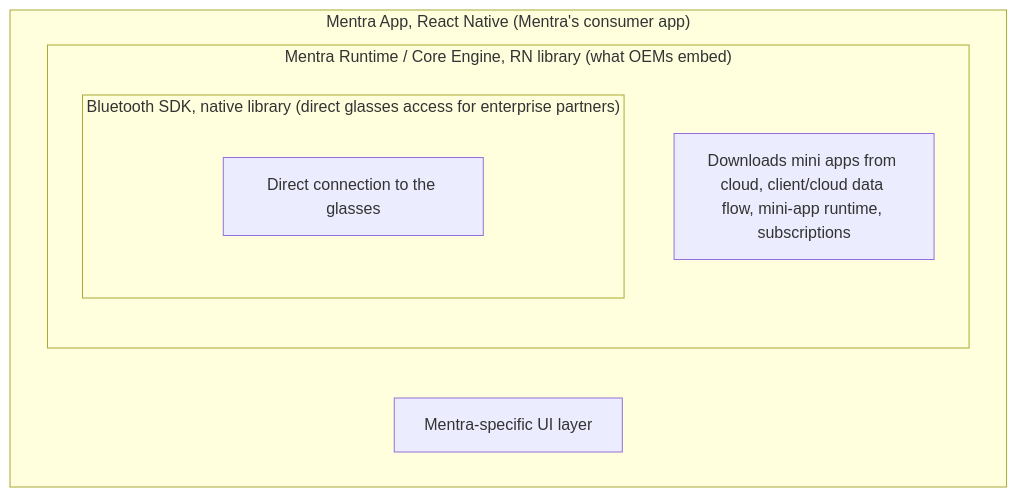
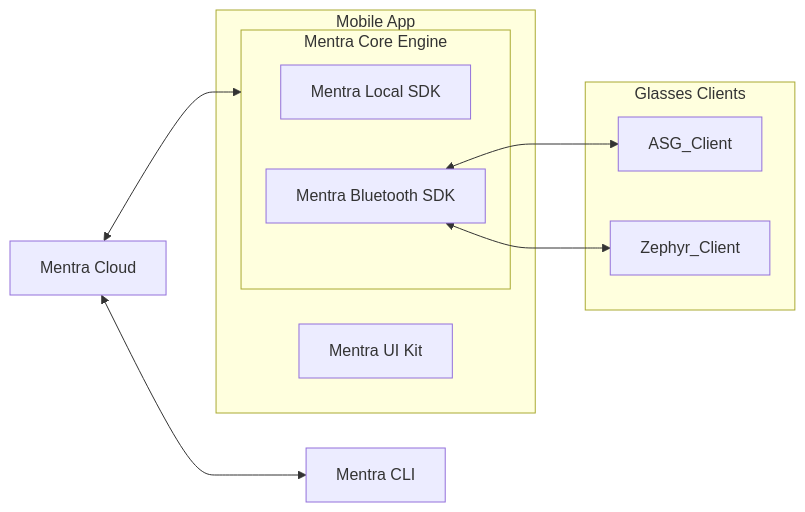
One commit to Mentra-Community/MentraOS changed the second of 2 diagrams in cloud-v2/docs/mentra-overhaul-plan.md. Above: the diagram before and after it, drawn with Mermaid. The commit also changed other lines of this file, not shown here.

First line of the commit message:
docs: overhaul plan: Cloud Runtime rename, two-tier services, UI Kit, Zephyr

````diff
--- a/cloud-v2/docs/mentra-overhaul-plan.md
+++ b/cloud-v2/docs/mentra-overhaul-plan.md
@@ -322,12 +363,25 @@
 ```mermaid
-graph TB
-  subgraph App["Mentra App, React Native (Mentra's consumer app)"]
-    UI["Mentra-specific UI layer"]
-    subgraph CE["Mentra Runtime / Core Engine, RN library (what OEMs embed)"]
-      CElogic["Downloads mini apps from cloud, client/cloud data flow, mini-app runtime, subscriptions"]
-      subgraph BT["Bluetooth SDK, native library (direct glasses access for enterprise partners)"]
-        BTlogic["Direct connection to the glasses"]
-      end
+flowchart LR
+  Cloud["Mentra Cloud"]
+  CLI["Mentra CLI"]
+
+  subgraph MobileApp["Mobile App"]
+    UIKit["Mentra UI Kit"]
+
+    subgraph MentraCore["Mentra Core Engine"]
+      LocalSDK["Mentra Local SDK"]
+      BluetoothSDK["Mentra Bluetooth SDK"]
     end
   end
+
+  subgraph GlassesClients["Glasses Clients"]
+    ASG["ASG_Client"]
+    Zephyr["Zephyr_Client"]
+  end
+
+  Cloud <--> MentraCore
+  Cloud <--> CLI
+
+  BluetoothSDK <--> ASG
+  BluetoothSDK <--> Zephyr
 ```
````
